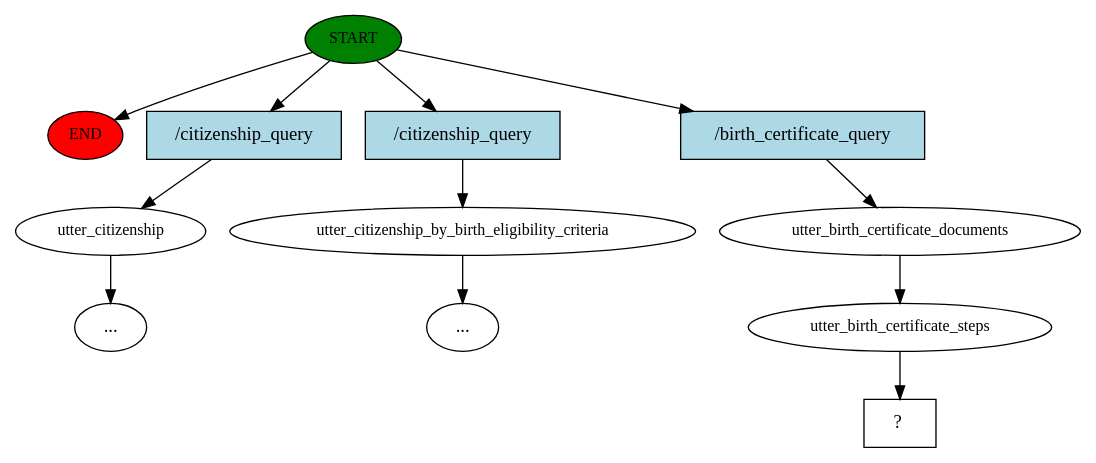
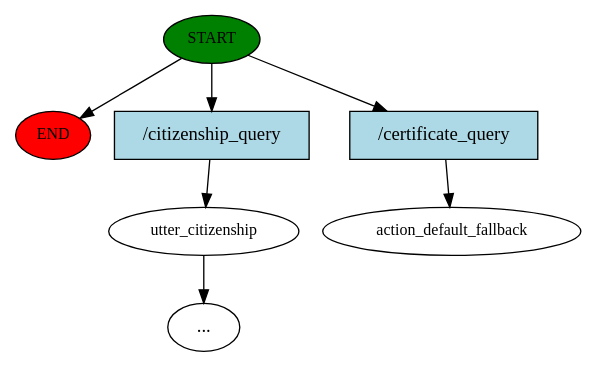
One commit to PiyushLuitel-07/Samadhan-A-Local-Government-Service-QueryBot changed the diagram in story_graph.dot. Above: the diagram before and after it, drawn with Graphviz. The commit also changed 100 other files, not shown here.

```diff
--- a/story_graph.dot
+++ b/story_graph.dot
@@ -1,25 +1,15 @@
 digraph  {
 0 [class="start active", fillcolor=green, fontsize=12, label=START, style=filled];
 "-1" [class=end, fillcolor=red, fontsize=12, label=END, style=filled];
 1 [class="", fontsize=12, label=utter_citizenship];
 "-5" [class=ellipsis, label="..."];
-4 [class="", fontsize=12, label=utter_citizenship_by_birth_eligibility_criteria];
-"-6" [class=ellipsis, label="..."];
-5 [class=active, fontsize=12, label=utter_birth_certificate_documents];
-6 [class=active, fontsize=12, label=utter_birth_certificate_steps];
-7 [class="intent dashed active", label="  ?  ", shape=rect];
-8 [class=intent, fillcolor=lightblue, label="/citizenship_query", shape=rect, style=filled];
-9 [class=intent, fillcolor=lightblue, label="/citizenship_query", shape=rect, style=filled];
-10 [class="intent active", fillcolor=lightblue, label="/birth_certificate_query", shape=rect, style=filled];
+4 [class="dashed active", fontsize=12, label=action_default_fallback];
+5 [class=intent, fillcolor=lightblue, label="/citizenship_query", shape=rect, style=filled];
+6 [class="intent active", fillcolor=lightblue, label="/certificate_query", shape=rect, style=filled];
 0 -> "-1"  [class="", key=NONE, label=""];
-0 -> 8  [class="", key=0];
-0 -> 9  [class="", key=0];
-0 -> 10  [class=active, key=0];
+0 -> 5  [class="", key=0];
+0 -> 6  [class=active, key=0];
 1 -> "-5"  [class="", key=NONE, label=""];
-4 -> "-6"  [class="", key=NONE, label=""];
-5 -> 6  [class=active, key=NONE, label=""];
-6 -> 7  [class=active, key=NONE, label=""];
-8 -> 1  [class="", key=0];
-9 -> 4  [class="", key=0];
-10 -> 5  [class=active, key=0];
+5 -> 1  [class="", key=0];
+6 -> 4  [class=active, key=0];
 }
```
